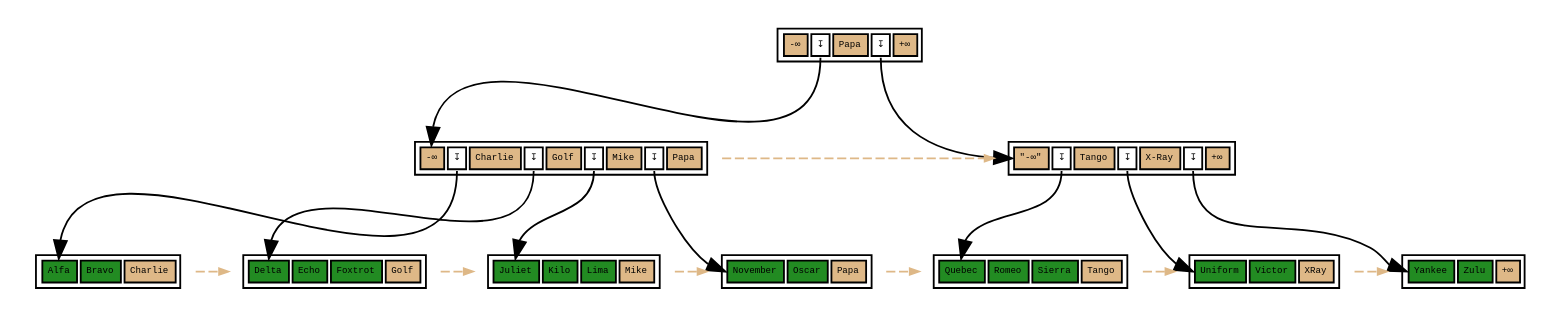
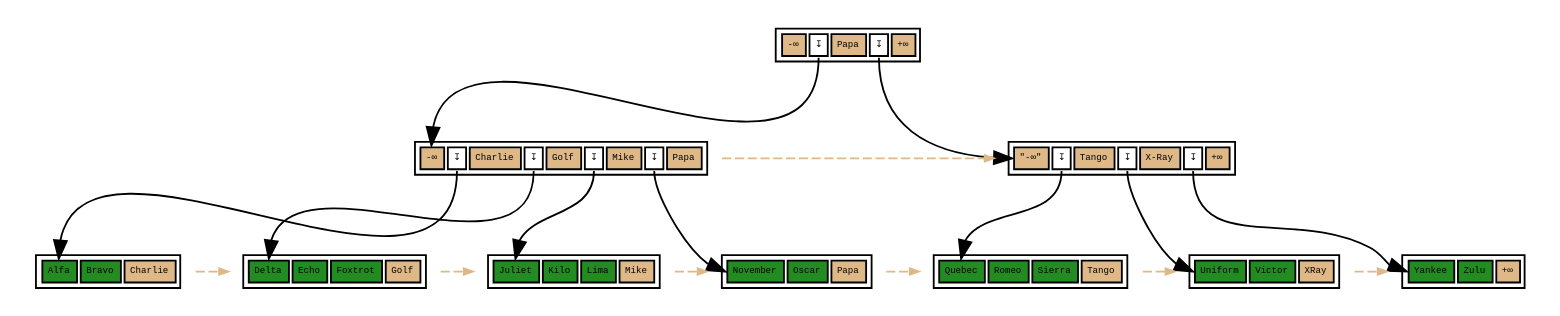
The diagram in cute-btree.dot (petergeoghegan/pg_query_internals), drawn with Graphviz before and after one commit.

Commit message:
downlinks are not separators in leftinternal page

```diff
--- a/cute-btree.dot
+++ b/cute-btree.dot
@@ -1,165 +1,165 @@
 // Example B-Tree graph
 //
 // Breadth-first order
 //
 // Start from root, go left to right
 //
 // Workflow:
 //
 // $ dot -T svg btree.dot -o btree.svg;
 
 digraph nbtree {
 graph [fontname = "monospace"];
 node [shape = none,height=.1,fontname = "monospace",fontsize=5];
 // Level 2 (Root internal level)
 rootnode[ label=<<table>
                     <tr>
                         <td bgcolor='burlywood' port="s0">-&infin;</td>
                         <td bgcolor='#FFFFFF' port="d0">&#8615;</td>
                         <td bgcolor='burlywood' port="s1">Papa</td>
                         <td bgcolor='#FFFFFF' port="d1">&#8615;</td>
                         <td bgcolor='burlywood' port="hk">+&infin;</td>
                     </tr>
                 </table>
                >
         ];
 // Downlink arrows to children:
 "rootnode":d0 -> "leftinternal":s0
 "rootnode":d1 -> "rightinternal":s0
 // sibling pointer:
 // (None)
 
 
 // Level 1 (Internal level)
 // Downlinks + highkey:
 leftinternal[ label=<<table>
                     <tr>
                         <td bgcolor='burlywood' port="s0">-&infin;</td>
-                        <td bgcolor='#FFFFFF' port="f1">&#8615;</td>
-                        <td bgcolor='burlywood' port="s2">Charlie</td>
-                        <td bgcolor='#FFFFFF' port="f3">&#8615;</td>
-                        <td bgcolor='burlywood' port="s4">Golf</td>
-                        <td bgcolor='#FFFFFF' port="f5">&#8615;</td>
-                        <td bgcolor='burlywood' port="s6">Mike</td>
-                        <td bgcolor='#FFFFFF' port="f7">&#8615;</td>
+                        <td bgcolor='#FFFFFF' port="d0">&#8615;</td>
+                        <td bgcolor='burlywood' port="s1">Charlie</td>
+                        <td bgcolor='#FFFFFF' port="d1">&#8615;</td>
+                        <td bgcolor='burlywood' port="s2">Golf</td>
+                        <td bgcolor='#FFFFFF' port="d2">&#8615;</td>
+                        <td bgcolor='burlywood' port="s3">Mike</td>
+                        <td bgcolor='#FFFFFF' port="d3">&#8615;</td>
                         <td bgcolor='burlywood' port="hk">Papa</td>
                     </tr>
                 </table>
                >
         ];
 // Downlink arrows to children:
-"leftinternal":f1 -> "leafnode_1":t0
-"leftinternal":f3 -> "leafnode_2":t0
-"leftinternal":f5 -> "leafnode_3":t0
-"leftinternal":f7 -> "leafnode_4":t0
+"leftinternal":d0 -> "leafnode_1":t0
+"leftinternal":d1 -> "leafnode_2":t0
+"leftinternal":d2 -> "leafnode_3":t0
+"leftinternal":d3 -> "leafnode_4":t0
 // sibling pointer:
 "leftinternal" -> "rightinternal"[constraint=false,color=burlywood,style=dashed,arrowsize=0.5]
 // Downlinks + highkey:
 rightinternal[ label=<<table>
                     <tr>
                         <td bgcolor='burlywood' port="s0">&quot;-&infin;&quot;</td>
                         <td bgcolor='#FFFFFF' port="f1">&#8615;</td>
                         <td bgcolor='burlywood' port="s2">Tango</td>
                         <td bgcolor='#FFFFFF' port="f3">&#8615;</td>
                         <td bgcolor='burlywood' port="s4">X-Ray</td>
                         <td bgcolor='#FFFFFF' port="f5">&#8615;</td>
                         <td bgcolor='burlywood' port="hk">+&infin;</td>
                     </tr>
                 </table>
                >
         ];
 // Downlink arrows to children:
 "rightinternal":f1 -> "leafnode_5":t0
 "rightinternal":f3 -> "leafnode_6":t0
 "rightinternal":f5 -> "leafnode_7":t0
 // sibling pointer:
 // (None)
 
 
 // Level 0 (leaf level)
 leafnode_1[ label=<<table>
                     <tr>
                         <td bgcolor='forestgreen' port="t0">Alfa</td>
                         <td bgcolor='forestgreen' port="t1">Bravo</td>
                         <td bgcolor='burlywood' port="hk">Charlie</td>
                     </tr>
                 </table>
                >
         ];
 // sibling pointer:
 "leafnode_1" -> "leafnode_2"[constraint=false,color=burlywood,style=dashed,arrowsize=0.5]
 leafnode_2[ label=<<table>
                     <tr>
                         <td bgcolor='forestgreen' port="t0">Delta</td>
                         <td bgcolor='forestgreen' port="t1">Echo</td>
                         <td bgcolor='forestgreen' port="t2">Foxtrot</td>
                         <td bgcolor='burlywood' port="hk">Golf</td>
                     </tr>
                 </table>
                >
         ];
 // sibling pointer:
 "leafnode_2" -> "leafnode_3"[constraint=false,color=burlywood,style=dashed,arrowsize=0.5]
 leafnode_3[ label=<<table>
                     <tr>
                         <td bgcolor='forestgreen' port="t0">Juliet</td>
                         <td bgcolor='forestgreen' port="t1">Kilo</td>
                         <td bgcolor='forestgreen' port="t2">Lima</td>
                         <td bgcolor='burlywood' port="hk">Mike</td>
                     </tr>
                 </table>
                >
         ];
 // sibling pointer:
 "leafnode_3" -> "leafnode_4"[constraint=false,color=burlywood,style=dashed,arrowsize=0.5]
 leafnode_4[ label=<<table>
                     <tr>
                         <td bgcolor='forestgreen' port="t0">November</td>
                         <td bgcolor='forestgreen' port="t1">Oscar</td>
                         <td bgcolor='burlywood' port="hk">Papa</td>
                     </tr>
                 </table>
                >
         ];
 // sibling pointer:
 "leafnode_4" -> "leafnode_5"[constraint=false,color=burlywood,style=dashed,arrowsize=0.5]
 leafnode_5[ label=<<table>
                     <tr>
                         <td bgcolor='forestgreen' port="t0">Quebec</td>
                         <td bgcolor='forestgreen' port="t1">Romeo</td>
                         <td bgcolor='forestgreen' port="t2">Sierra</td>
                         <td bgcolor='burlywood' port="hk">Tango</td>
                     </tr>
                 </table>
                >
         ];
 // sibling pointer:
 "leafnode_5" -> "leafnode_6"[constraint=false,color=burlywood,style=dashed,arrowsize=0.5]
 leafnode_6[ label=<<table>
                     <tr>
                         <td bgcolor='forestgreen' port="t0">Uniform</td>
                         <td bgcolor='forestgreen' port="t1">Victor</td>
                         <td bgcolor='burlywood' port="hk">XRay</td>
                     </tr>
                 </table>
                >
         ];
 // sibling pointer:
 "leafnode_6" -> "leafnode_7"[constraint=false,color=burlywood,style=dashed,arrowsize=0.5]
 leafnode_7[ label=<<table>
                     <tr>
                         <td bgcolor='forestgreen' port="t0">Yankee</td>
                         <td bgcolor='forestgreen' port="t1">Zulu</td>
                         <td bgcolor='burlywood' port="hk">+&infin;</td>
                     </tr>
                 </table>
                >
         ];
 // sibling pointer:
 // (None)
 
 // Force alignment from root to internal to leaf levels:
 edge[style=invis];
-"rootnode":s2 -> "leafnode_4":hk
+"rootnode":s1 -> "leafnode_4":hk
 "leftinternal":hk -> "leafnode_4":hk
 }
```
